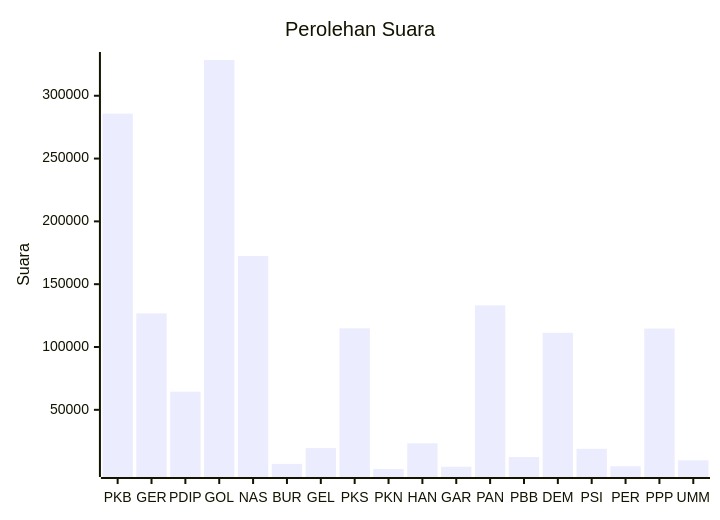
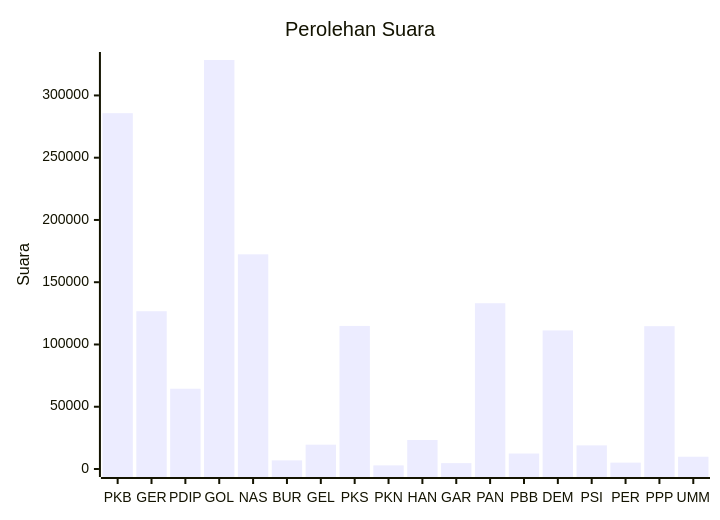
Before and after one commit to gigit-pemilu/pemilu-2024: the diagram in pileg-dpr/hitung-suara/sub/table-wilayah-11.md, drawn with Mermaid. The commit also changed 57 other files, not shown here.

````diff
--- a/pileg-dpr/hitung-suara/sub/table-wilayah-11.md
+++ b/pileg-dpr/hitung-suara/sub/table-wilayah-11.md
@@ -7,7 +7,7 @@
 ```mermaid
 xychart-beta
     title "Perolehan Suara"
     x-axis [PKB, GER, PDIP, GOL, NAS, BUR, GEL, PKS, PKN, HAN, GAR, PAN, PBB, DEM, PSI, PER, PPP, UMM]
-    y-axis "Suara"
+    y-axis "Suara" 0 --> 328459
     bar [285754, 126713, 64448, 328459, 172407, 6943, 19546, 114882, 2894, 23321, 4695, 133146, 12438, 111286, 18969, 5100, 114707, 9842]
 ```
````
